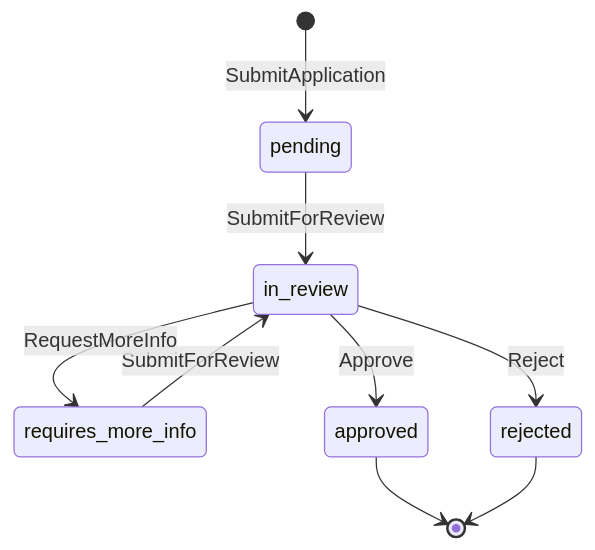
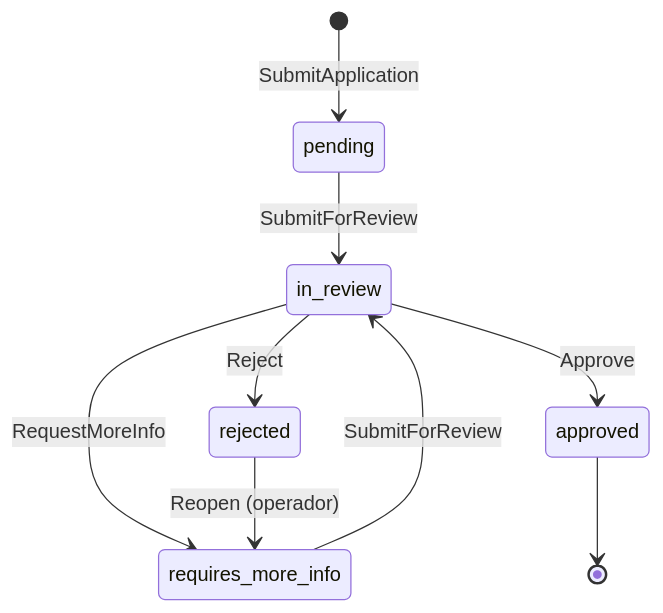
Before and after one commit to juantevez/cobros-platform: the second of 3 diagrams in docs/technical/ONBOARDING.md, drawn with Mermaid. The commit also changed other lines of this file and 23 other files, not shown here.

````diff
--- a/docs/technical/ONBOARDING.md
+++ b/docs/technical/ONBOARDING.md
@@ -101,11 +107,11 @@
 ```mermaid
 stateDiagram-v2
     [*] --> pending: SubmitApplication
     pending --> in_review: SubmitForReview
     requires_more_info --> in_review: SubmitForReview
     in_review --> requires_more_info: RequestMoreInfo
     in_review --> approved: Approve
     in_review --> rejected: Reject
+    rejected --> requires_more_info: Reopen (operador)
     approved --> [*]
-    rejected --> [*]
 ```
````
